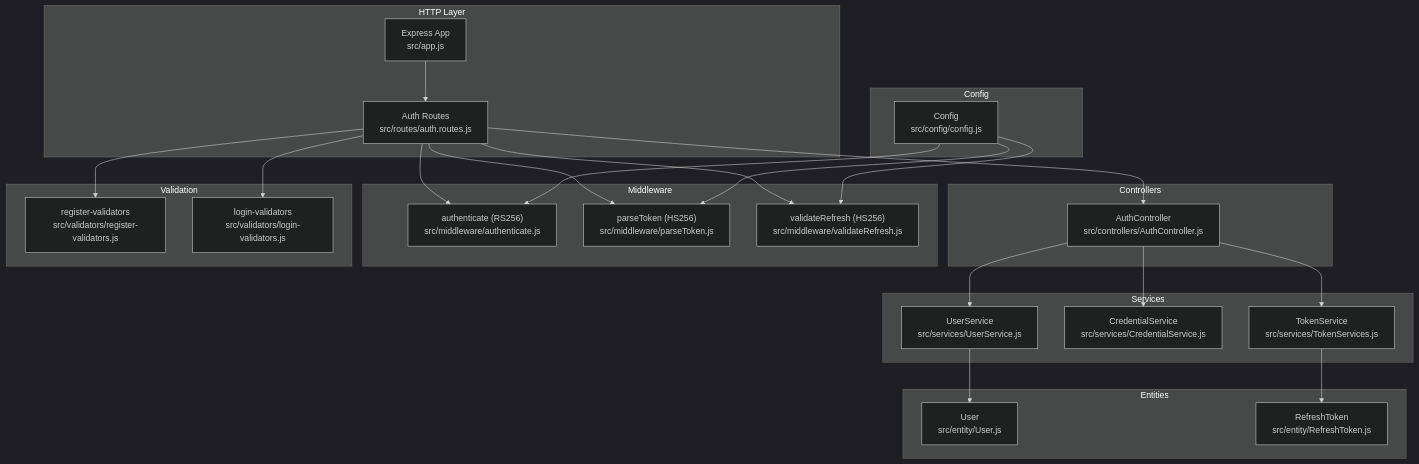
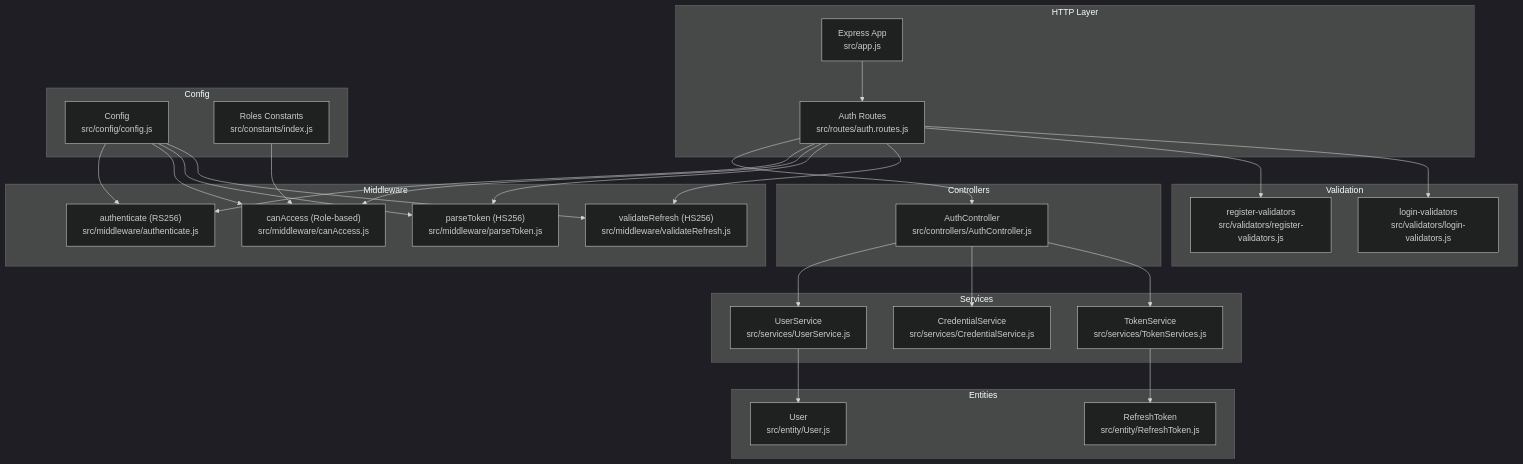
One commit to Trampoline999/mernspace-c-auth-service changed the first of 9 diagrams in .qoder/repowiki/en/content/Authentication System/Authentication System.md. Above: the diagram before and after it, drawn with Mermaid (dark theme). The commit also changed other lines of this file and 47 other files, not shown here.

First line of the commit message:
feat(auth): add role-based access control and multi-tenant support

````diff
--- a/.qoder/repowiki/en/content/Authentication System/Authentication System.md
+++ b/.qoder/repowiki/en/content/Authentication System/Authentication System.md
@@ -47,46 +57,51 @@
 ```mermaid
 graph TB
 subgraph "HTTP Layer"
 APP["Express App<br/>src/app.js"]
 ROUTES["Auth Routes<br/>src/routes/auth.routes.js"]
 end
 subgraph "Controllers"
 CTRL["AuthController<br/>src/controllers/AuthController.js"]
 end
 subgraph "Services"
 USVC["UserService<br/>src/services/UserService.js"]
 CSVC["CredentialService<br/>src/services/CredentialService.js"]
 TSVC["TokenService<br/>src/services/TokenServices.js"]
 end
 subgraph "Middleware"
 AUTHMW["authenticate (RS256)<br/>src/middleware/authenticate.js"]
+CANACCESS["canAccess (Role-based)<br/>src/middleware/canAccess.js"]
 PARSERMW["parseToken (HS256)<br/>src/middleware/parseToken.js"]
 VALIDATEM["validateRefresh (HS256)<br/>src/middleware/validateRefresh.js"]
 end
 subgraph "Entities"
 UENT["User<br/>src/entity/User.js"]
 RMENT["RefreshToken<br/>src/entity/RefreshToken.js"]
 end
 subgraph "Config"
 CONF["Config<br/>src/config/config.js"]
+CONST["Roles Constants<br/>src/constants/index.js"]
 end
 subgraph "Validation"
 REGV["register-validators<br/>src/validators/register-validators.js"]
 LOGV["login-validators<br/>src/validators/login-validators.js"]
 end
 APP --> ROUTES
 ROUTES --> CTRL
 ROUTES --> AUTHMW
+ROUTES --> CANACCESS
 ROUTES --> PARSERMW
 ROUTES --> VALIDATEM
 ROUTES --> REGV
 ROUTES --> LOGV
 CTRL --> USVC
 CTRL --> CSVC
 CTRL --> TSVC
 TSVC --> RMENT
 USVC --> UENT
 CONF --> AUTHMW
+CONF --> CANACCESS
 CONF --> PARSERMW
 CONF --> VALIDATEM
+CONST --> CANACCESS
 ```
````
